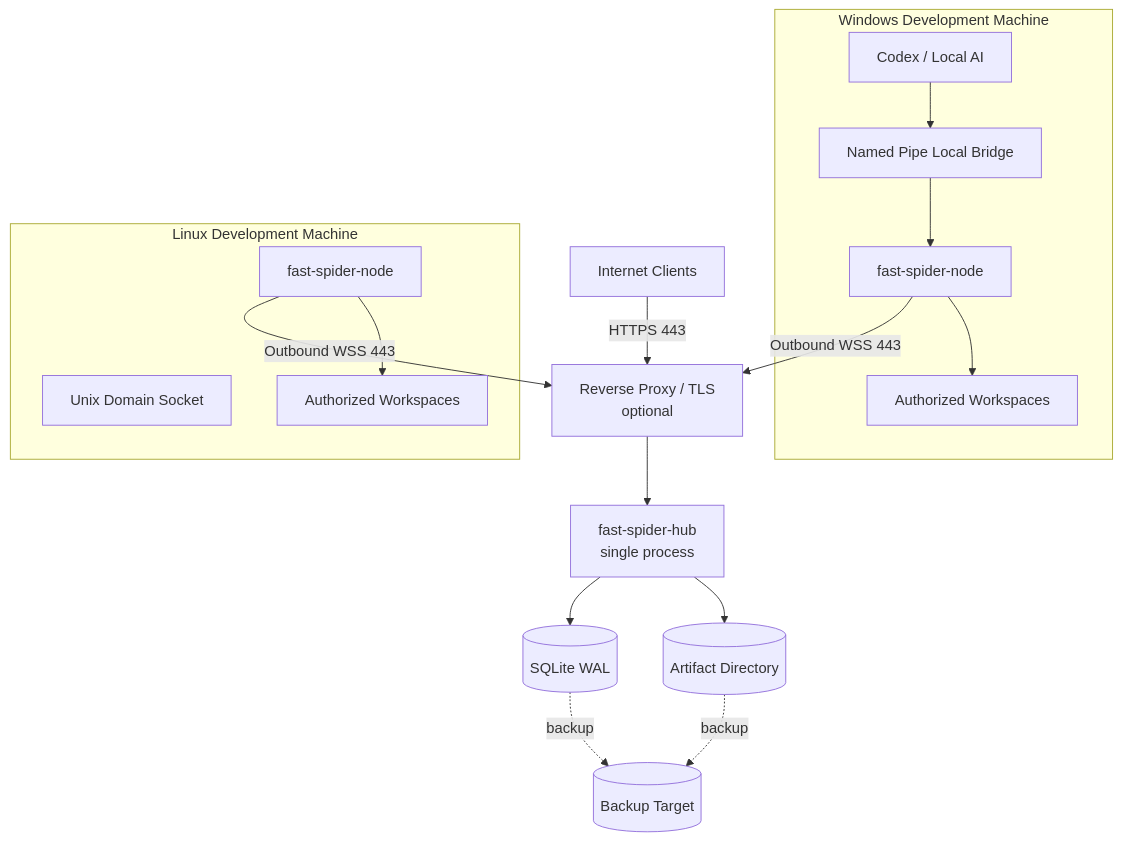
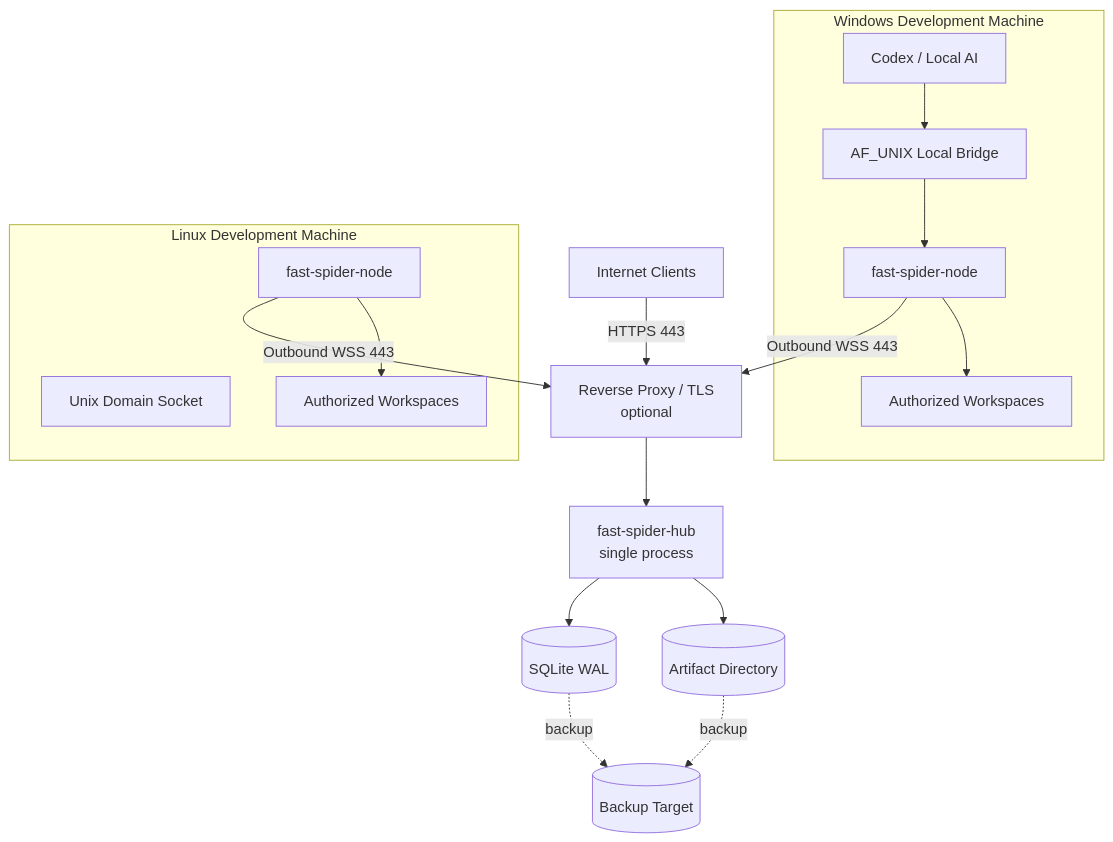
The sixth of 6 diagrams in docs/02-system-architecture.md (isguang2024/fast-spider), drawn with Mermaid before and after one commit. The commit also changed other lines of this file and 35 other files, not shown here.

Commit message:
feat: add local bridge and codex control

````diff
--- a/docs/02-system-architecture.md
+++ b/docs/02-system-architecture.md
@@ -191,34 +191,34 @@
 ```mermaid
 flowchart TB
     Internet[Internet Clients]
     RP[Reverse Proxy / TLS<br/>optional]
     Hub[fast-spider-hub<br/>single process]
     DB[(SQLite WAL)]
     AF[(Artifact Directory)]
     Backup[(Backup Target)]
 
     subgraph WindowsMachine[Windows Development Machine]
       NW[fast-spider-node]
-      Pipe[Named Pipe Local Bridge]
+      Pipe[AF_UNIX Local Bridge]
       Codex[Codex / Local AI]
       WorkW[Authorized Workspaces]
     end
 
     subgraph LinuxMachine[Linux Development Machine]
       NL[fast-spider-node]
       UDS[Unix Domain Socket]
       WorkL[Authorized Workspaces]
     end
 
     Internet -->|HTTPS 443| RP
     RP --> Hub
     Hub --> DB
     Hub --> AF
     DB -. backup .-> Backup
     AF -. backup .-> Backup
     NW -->|Outbound WSS 443| RP
     NL -->|Outbound WSS 443| RP
     Codex --> Pipe --> NW
     NW --> WorkW
     NL --> WorkL
 ```
````
